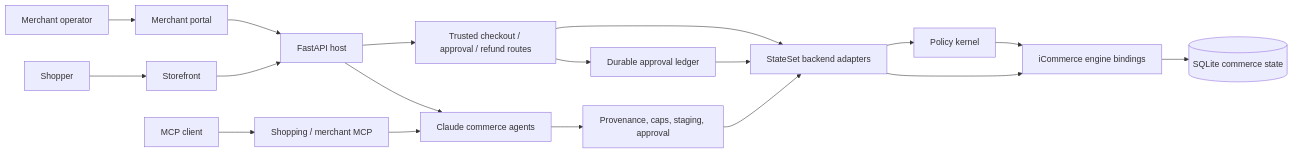
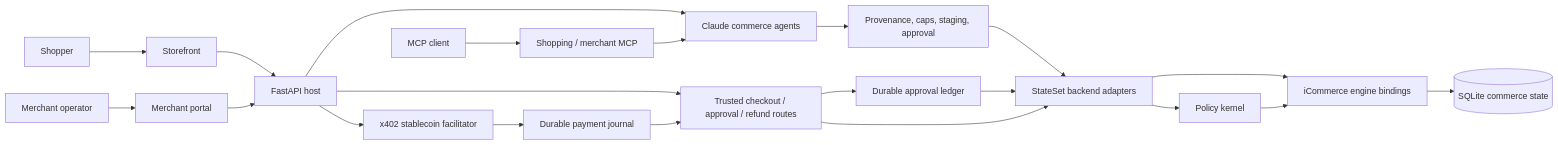
Before and after one commit to stateset/icommerce-agents: the diagram in README.md, drawn with Mermaid. The commit also changed other lines of this file and 34 other files, not shown here.

````diff
--- a/README.md
+++ b/README.md
@@ -73,23 +73,26 @@
 ```mermaid
 flowchart LR
     shopper[Shopper] --> storefront[Storefront]
     operator[Merchant operator] --> portal[Merchant portal]
     storefront --> host[FastAPI host]
     portal --> host
     mcpclient[MCP client] --> mcp[Shopping / merchant MCP]
 
     host --> agents[Claude commerce agents]
     host --> trusted[Trusted checkout / approval / refund routes]
     mcp --> agents
     agents --> gates[Provenance, caps, staging, approval]
     gates --> adapters[StateSet backend adapters]
 
     trusted --> ledger[Durable approval ledger]
     ledger --> adapters
     trusted --> adapters
+    host --> x402[x402 stablecoin facilitator]
+    x402 --> payledger[Durable payment journal]
+    payledger --> trusted
 
     adapters --> bindings[iCommerce engine bindings]
     adapters --> kernel[Policy kernel]
     kernel --> bindings
     bindings --> sqlite[(SQLite commerce state)]
 ```
````
